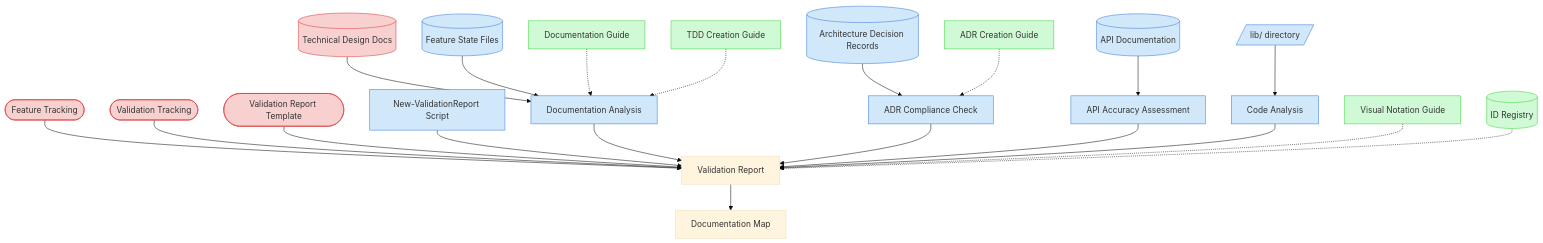
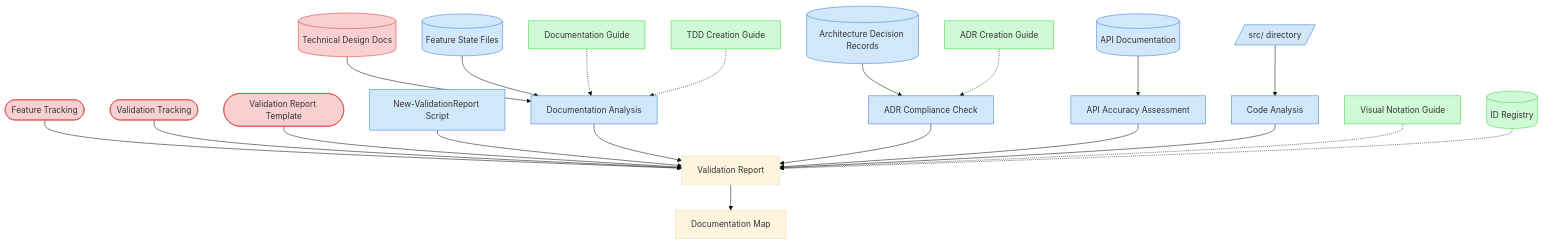
The diagram in process-framework/visualization/context-maps/05-validation/documentation-alignment-validation-map.md (Abtomation/LinkWatcher), drawn with Mermaid (base theme) before and after one commit. The commit also changed other lines of this file and 457 other files, not shown here.

````diff
--- a/process-framework/visualization/context-maps/05-validation/documentation-alignment-validation-map.md
+++ b/process-framework/visualization/context-maps/05-validation/documentation-alignment-validation-map.md
@@ -19,33 +17,33 @@
 ```mermaid
 graph TD
     classDef critical fill:#f9d0d0,stroke:#d83a3a
     classDef important fill:#d0e8f9,stroke:#3a7bd8
     classDef reference fill:#d0f9d5,stroke:#3ad83f
 
     FT([Feature Tracking]) --> VR[Validation Report]
     FVT([Validation Tracking]) --> VR
     VRT([Validation Report Template]) --> VR
     TDD[(Technical Design Docs)] --> DA[Documentation Analysis]
 
     ADR[(Architecture Decision Records)] --> AC[ADR Compliance Check]
     API[(API Documentation)] --> AA[API Accuracy Assessment]
-    LIB[/lib/ directory/] --> CA[Code Analysis]
+    LIB[/src/ directory/] --> CA[Code Analysis]
     NVRS[New-ValidationReport Script] --> VR
     FSF[(Feature State Files)] --> DA
 
     DA --> VR
     AC --> VR
     AA --> VR
     CA --> VR
     VR --> DM[Documentation Map]
 
     DG[Documentation Guide] -.-> DA
     TDDG[TDD Creation Guide] -.-> DA
     ADRG[ADR Creation Guide] -.-> AC
     VNG[Visual Notation Guide] -.-> VR
     IDR[(ID Registry)] -.-> VR
 
     class FT,FVT,VRT,TDD critical
     class ADR,API,LIB,NVRS,FSF,DA,AC,AA,CA important
     class DG,TDDG,ADRG,VNG,IDR reference
 ```
````
